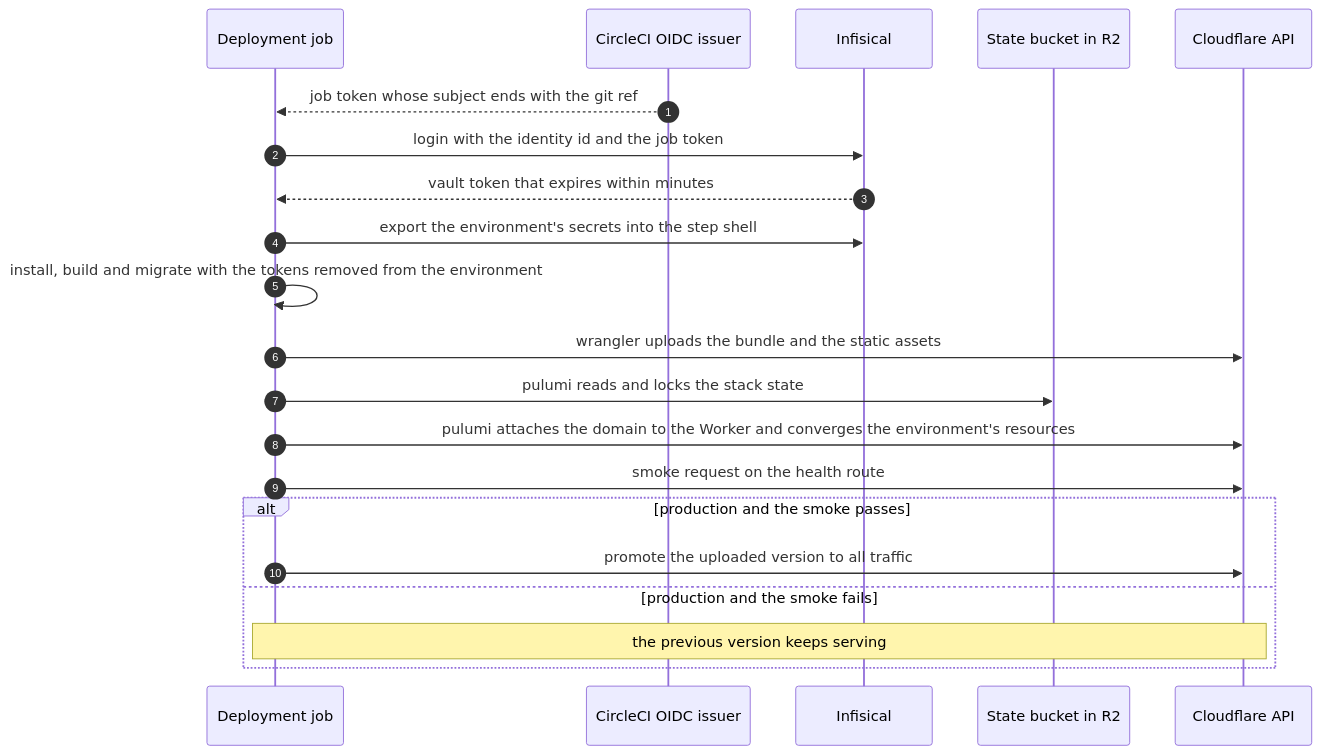
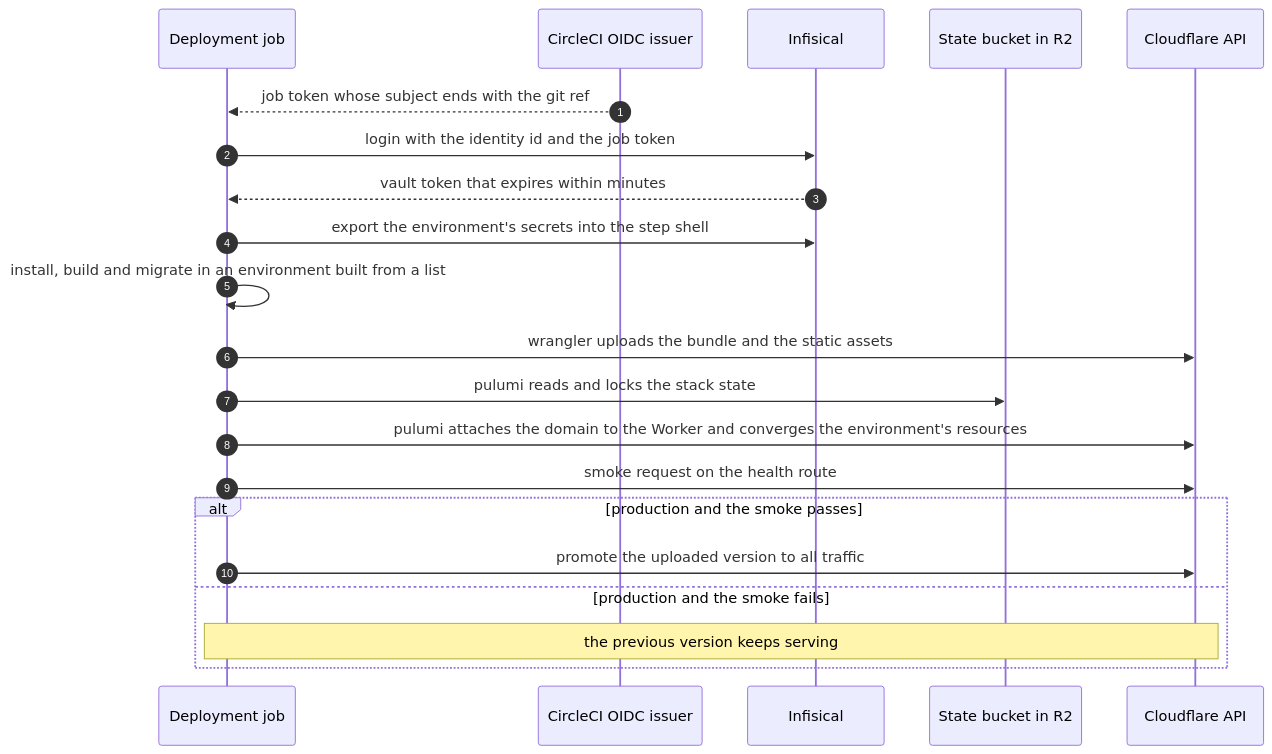
The third of 3 diagrams in docs/architecture.md (NextNodeSolutions/infrastructure), drawn with Mermaid before and after one commit. The commit also changed other lines of this file and 16 other files, not shown here.

First line of the commit message:
ci: the project's environment is built from a list, and the job's programs live in the platform package

````diff
--- a/docs/architecture.md
+++ b/docs/architecture.md
@@ -85,23 +85,23 @@
 ```mermaid
 sequenceDiagram
     autonumber
     participant J as Deployment job
     participant O as CircleCI OIDC issuer
     participant V as Infisical
     participant S as State bucket in R2
     participant F as Cloudflare API
     O-->>J: job token whose subject ends with the git ref
     J->>V: login with the identity id and the job token
     V-->>J: vault token that expires within minutes
     J->>V: export the environment's secrets into the step shell
-    J->>J: install, build and migrate with the tokens removed from the environment
+    J->>J: install, build and migrate in an environment built from a list
     J->>F: wrangler uploads the bundle and the static assets
     J->>S: pulumi reads and locks the stack state
     J->>F: pulumi attaches the domain to the Worker and converges the environment's resources
     J->>F: smoke request on the health route
     alt production and the smoke passes
         J->>F: promote the uploaded version to all traffic
     else production and the smoke fails
         Note over J,F: the previous version keeps serving
     end
 ```
````
